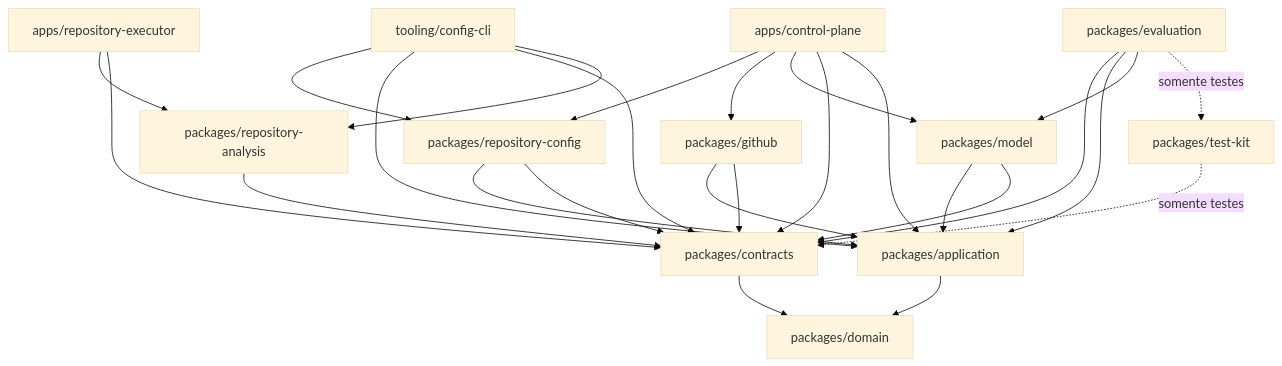
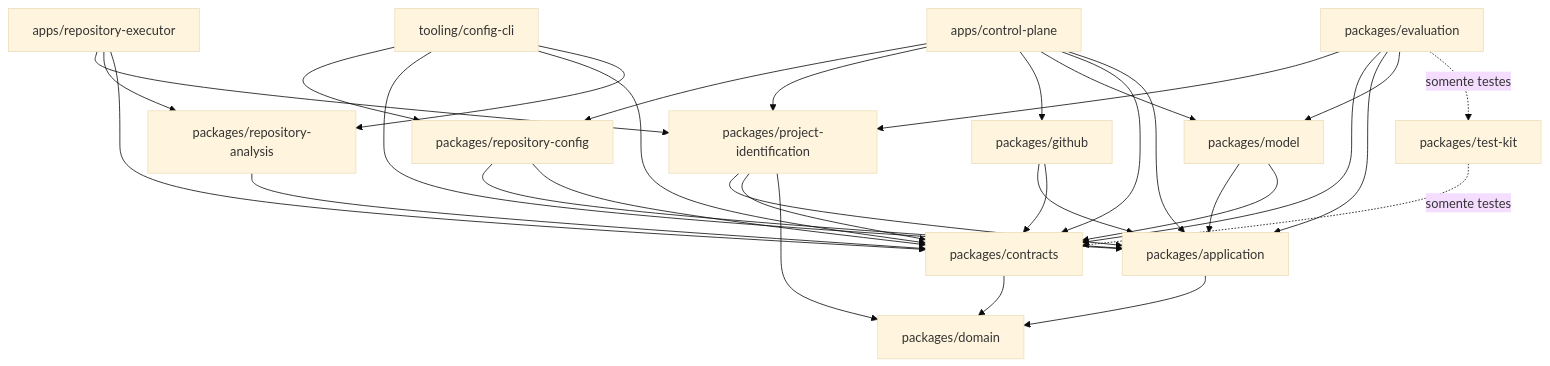
Before and after one commit to ThiagoCrepequer/holon: the diagram in docs/architecture/technical-ecosystem.md, drawn with Mermaid (base theme). The commit also changed other lines of this file and 11 other files, not shown here.

First line of the commit message:
docs: align review architecture and operations with Think

````diff
--- a/docs/architecture/technical-ecosystem.md
+++ b/docs/architecture/technical-ecosystem.md
@@ -64,41 +69,48 @@
 ```mermaid
 flowchart TD
     CP[apps/control-plane]
     EX[apps/repository-executor]
     GH[packages/github]
     MO[packages/model]
     RA[packages/repository-analysis]
+    PI[packages/project-identification]
     CT[packages/contracts]
     EV[packages/evaluation]
     AP[packages/application]
     DO[packages/domain]
     TK[packages/test-kit]
     RC[packages/repository-config]
     CLI[tooling/config-cli]
 
     CP --> RC
+    CP --> PI
+    EX --> PI
+    EV --> PI
     RC --> AP
     RC --> CT
     CLI --> RC
     CLI --> AP
     CLI --> CT
     CLI --> RA
     CP --> GH
     CP --> MO
     CP --> CT
     CP --> AP
     EX --> RA
     EX --> CT
     GH --> AP
     GH --> CT
     MO --> AP
     MO --> CT
     RA --> CT
+    PI --> AP
+    PI --> CT
+    PI --> DO
     EV --> CT
     EV --> AP
     EV --> MO
     EV -. somente testes .-> TK
     CT --> DO
     AP --> DO
     TK -. somente testes .-> CT
 ```
````
